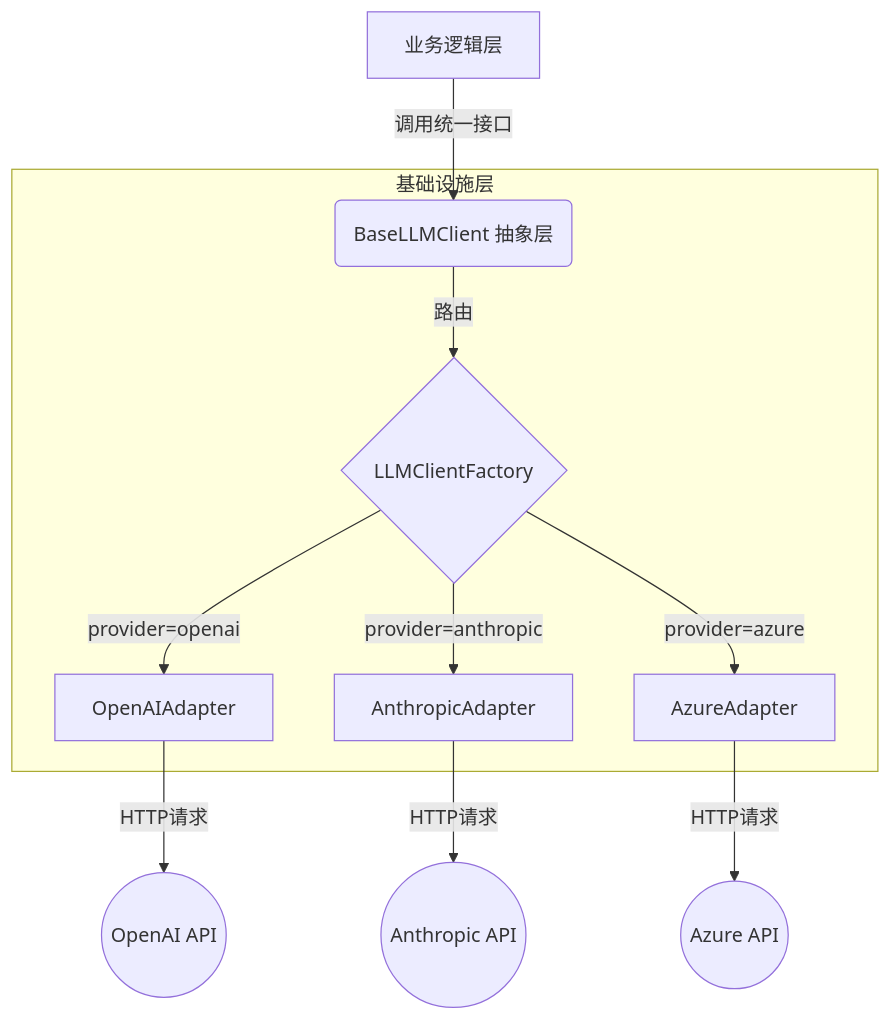
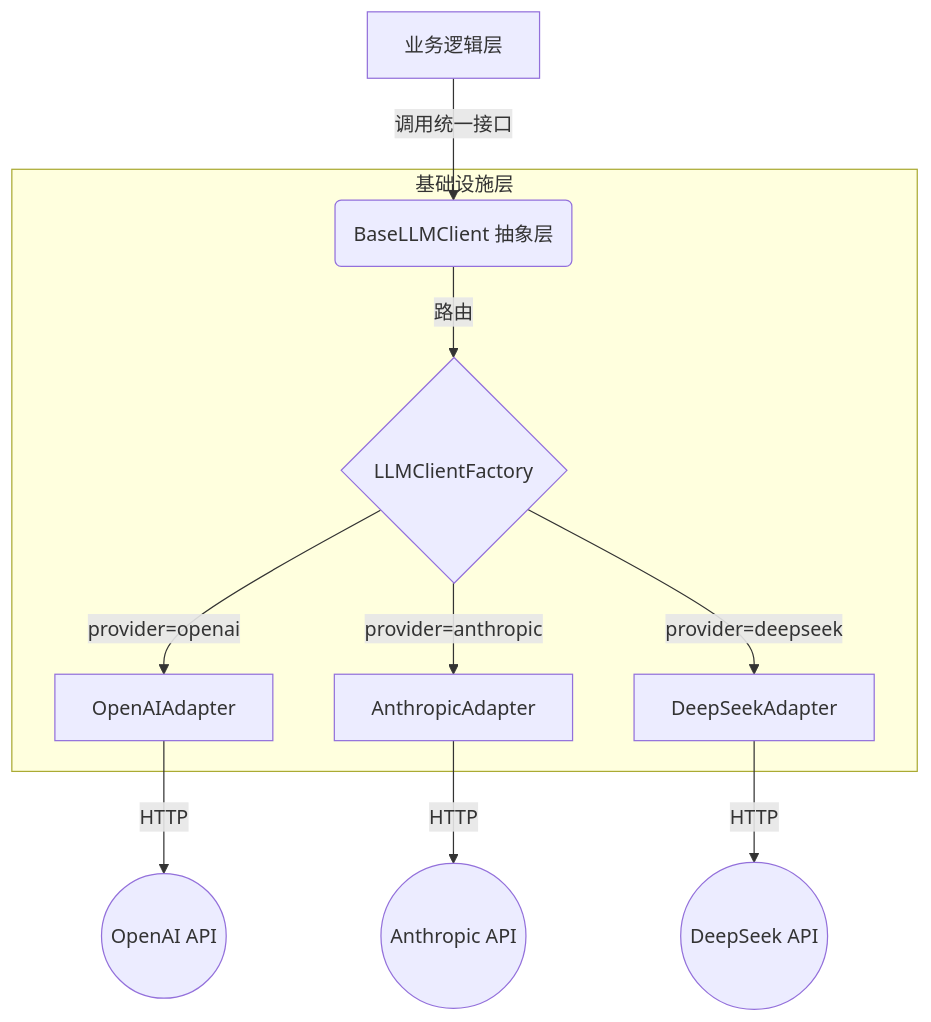
One commit to fortuneyan/Agent-Developing-Bible changed the first of 4 diagrams in 01_Agent开发指南_AI平台和api-key管理.md. Above: the diagram before and after it, drawn with Mermaid. The commit also changed other lines of this file and 30 other files, not shown here.

````diff
--- a/01_Agent开发指南_AI平台和api-key管理.md
+++ b/01_Agent开发指南_AI平台和api-key管理.md
@@ -78,19 +74,18 @@
 ```mermaid
 graph TD
 A[业务逻辑层] -->|调用统一接口| B(BaseLLMClient 抽象层)
 B -->|路由| C{LLMClientFactory}
 C -->|provider=openai| D[OpenAIAdapter]
 C -->|provider=anthropic| E[AnthropicAdapter]
-C -->|provider=azure| F[AzureAdapter]
-D -->|HTTP请求| G((OpenAI API))
-E -->|HTTP请求| H((Anthropic API))
-F -->|HTTP请求| I((Azure API))
+C -->|provider=deepseek| F[DeepSeekAdapter]
+D -->|HTTP| G((OpenAI API))
+E -->|HTTP| H((Anthropic API))
+F -->|HTTP| I((DeepSeek API))
 subgraph "基础设施层"
 B
 C
 D
 E
 F
 end
-
 ```
````
